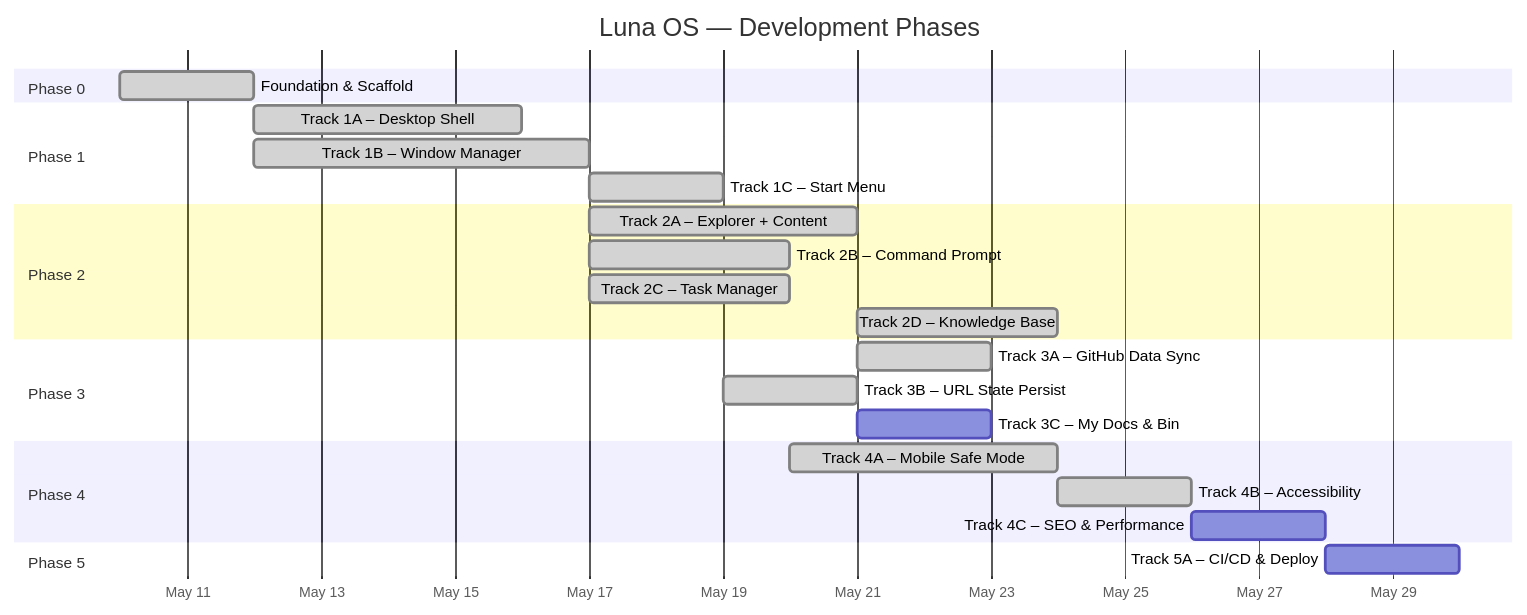
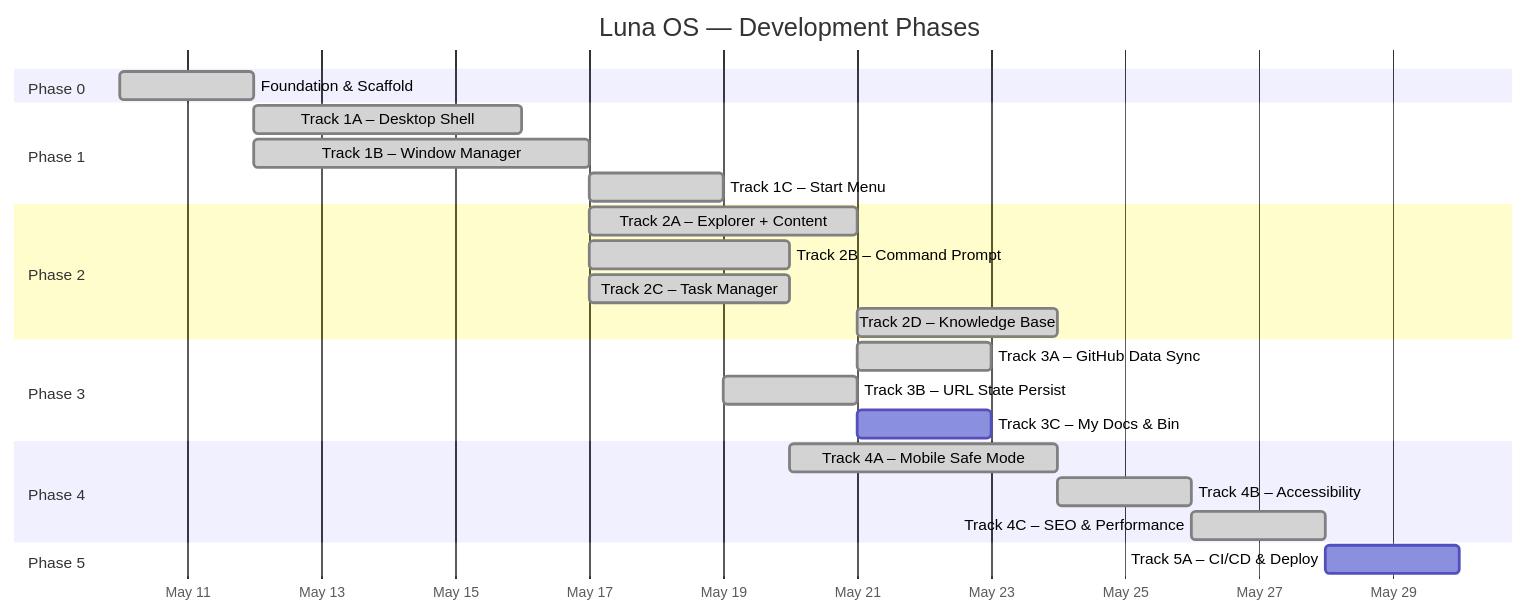
One commit to mansyar/portfolio-v3 changed the diagram in docs/ROADMAP.md. Above: the diagram before and after it, drawn with Mermaid. The commit also changed other lines of this file and 6 other files, not shown here.

Commit message:
docs(conductor): Update PRD, TDD, ROADMAP for Track 4C (SEO & Performance)

````diff
--- a/docs/ROADMAP.md
+++ b/docs/ROADMAP.md
@@ -11,33 +11,33 @@
 ```mermaid
 gantt
     title Luna OS — Development Phases
     dateFormat  YYYY-MM-DD
     axisFormat  %b %d
 
     section Phase 0
     Foundation & Scaffold         :done, p0, 2026-05-10, 2d
 
     section Phase 1
     Track 1A – Desktop Shell      :done, p1a, after p0, 4d
     Track 1B – Window Manager     :done, p1b, after p0, 5d
     Track 1C – Start Menu         :done, p1c, after p1b, 2d
 
     section Phase 2
     Track 2A – Explorer + Content :done, p2a, after p1b, 4d
     Track 2B – Command Prompt     :done, p2b, after p1b, 3d
     Track 2C – Task Manager       :done, p2c, after p1b, 3d
     Track 2D – Knowledge Base     :done, p2d, after p2a, 3d
 
     section Phase 3
     Track 3A – GitHub Data Sync   :done, p3a, after p2a, 2d
     Track 3B – URL State Persist  :done, p3b, after p1c, 2d
     Track 3C – My Docs & Bin      :p3c, after p2a, 2d
 
     section Phase 4
     Track 4A – Mobile Safe Mode   :done, p4a, after p2b, 4d
     Track 4B – Accessibility      :done, p4b, after p4a, 2d
-    Track 4C – SEO & Performance  :p4c, after p4b, 2d
+    Track 4C – SEO & Performance  :done, p4c, after p4b, 2d
 
     section Phase 5
     Track 5A – CI/CD & Deploy     :p5a, after p4c, 2d
 ```
````
